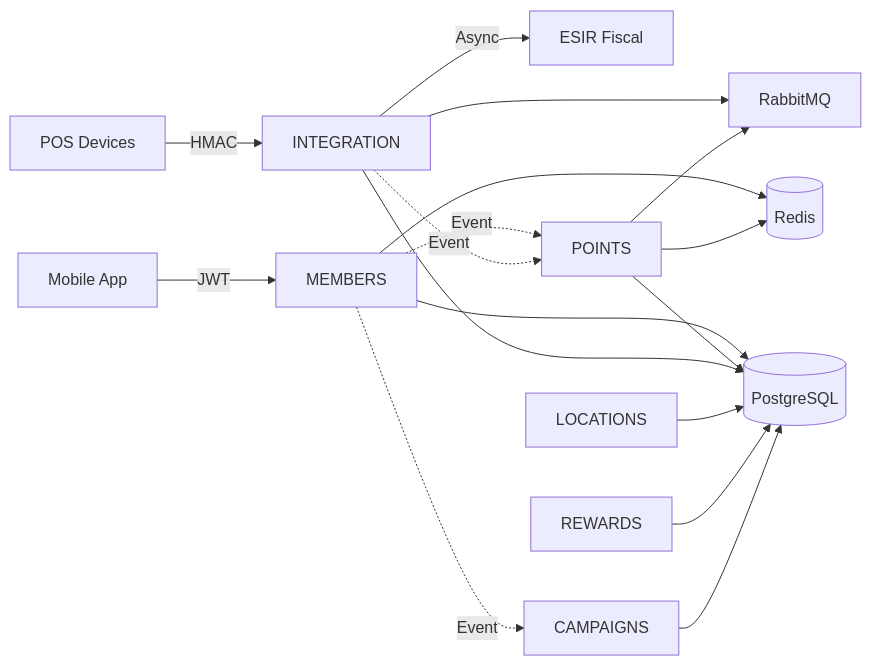
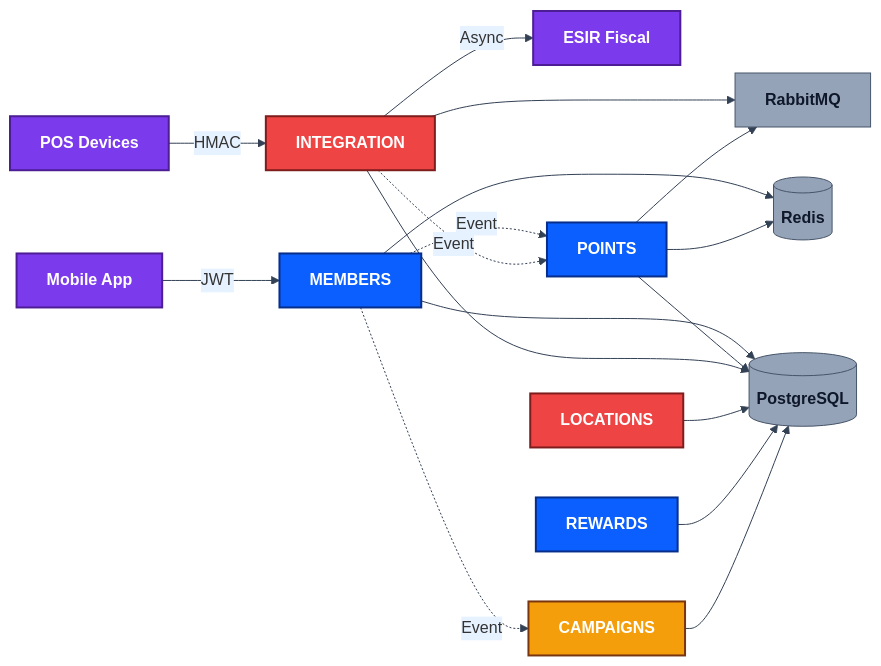
One commit to infogrambeg/trivue-docs changed the first of 11 diagrams in README.md. Above: the diagram before and after it, drawn with Mermaid. The commit also changed other lines of this file, not shown here.

First line of the commit message:
Refactor README with updated diagrams and formatting

````diff
--- a/README.md
+++ b/README.md
@@ -14,38 +14,56 @@
 ```mermaid
+%%{init: {'theme': 'base', 'themeVariables': {
+  'background':'#ffffff',
+  'primaryColor':'#0b5fff',
+  'secondaryColor':'#0f172a',
+  'tertiaryColor':'#10b981',
+  'lineColor':'#334155',
+  'textColor':'#0f172a',
+  'fontSize':'16px',
+  'nodeTextColor':'#0f172a',
+  'edgeLabelBackground':'#e6f2ff',
+  'clusterBkg':'#f8fafc'
+}}}%%
 graph LR
-    POS[POS Devices]
-    Mobile[Mobile App]
-    ESIR[ESIR Fiscal]
+    classDef core fill:#0b5fff,stroke:#062e8a,stroke-width:2px,color:#ffffff,font-weight:600;
+    classDef integration fill:#ef4444,stroke:#7f1d1d,stroke-width:2px,color:#ffffff,font-weight:600;
+    classDef support fill:#f59e0b,stroke:#78350f,stroke-width:2px,color:#ffffff,font-weight:600;
+    classDef infra fill:#94a3b8,stroke:#475569,stroke-width:1px,color:#0f172a,font-weight:600;
+    classDef external fill:#7c3aed,stroke:#4c1d95,stroke-width:2px,color:#ffffff,font-weight:600;
 
-    Members[MEMBERS]
-    Points[POINTS]
-    Rewards[REWARDS]
-    Integration[INTEGRATION]
-    Locations[LOCATIONS]
-    Campaigns[CAMPAIGNS]
+    POS[POS Devices]:::external
+    Mobile[Mobile App]:::external
+    ESIR[ESIR Fiscal]:::external
 
-    DB[(PostgreSQL)]
-    Cache[(Redis)]
-    MQ[RabbitMQ]
+    Members[MEMBERS]:::core
+    Points[POINTS]:::core
+    Rewards[REWARDS]:::core
+    Integration[INTEGRATION]:::integration
+    Locations[LOCATIONS]:::integration
+    Campaigns[CAMPAIGNS]:::support
+
+    DB[(PostgreSQL)]:::infra
+    Cache[(Redis)]:::infra
+    MQ[RabbitMQ]:::infra
 
     POS -->|HMAC| Integration
     Mobile -->|JWT| Members
     Integration -->|Async| ESIR
 
     Members -.->|Event| Points
     Members -.->|Event| Campaigns
     Integration -.->|Event| Points
 
     Members --> DB
     Points --> DB
     Integration --> DB
     Locations --> DB
     Rewards --> DB
     Campaigns --> DB
 
     Members --> Cache
     Points --> Cache
 
     Integration --> MQ
     Points --> MQ
 ```
````
